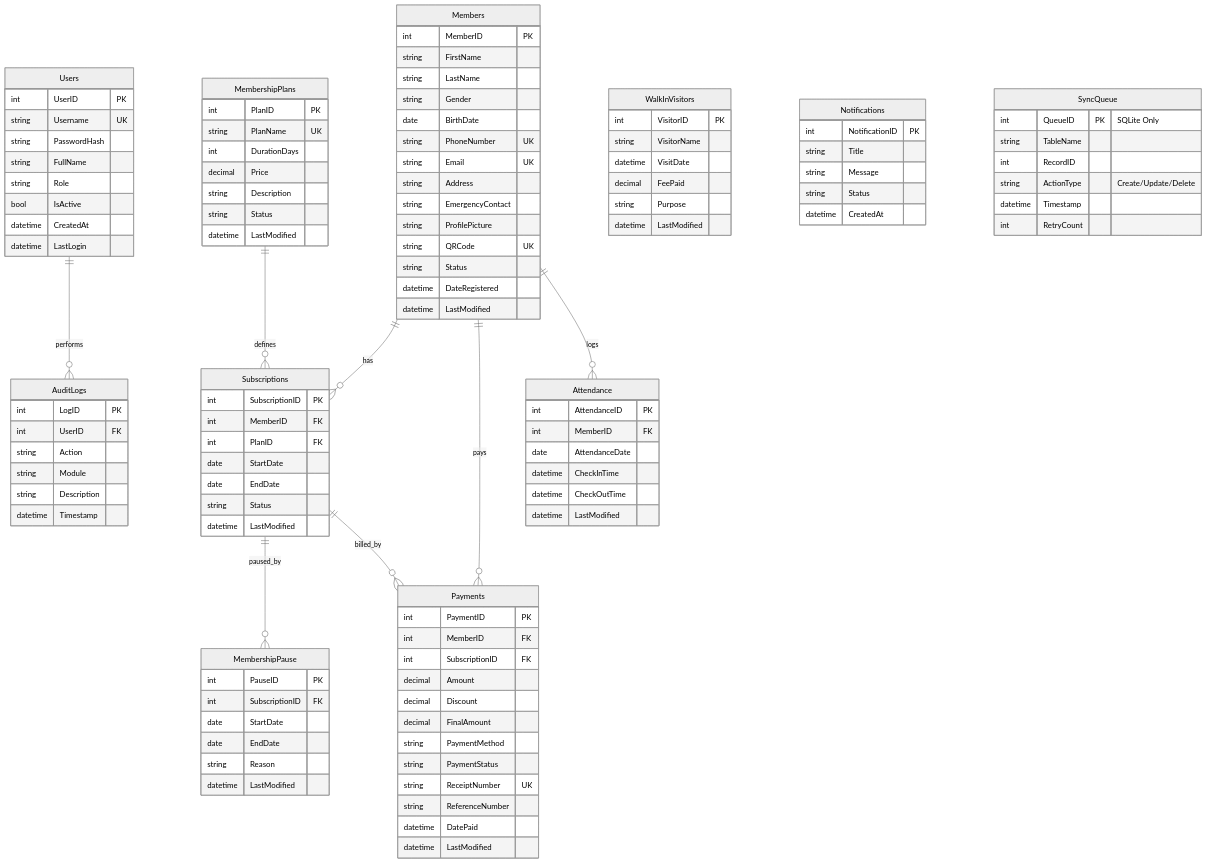
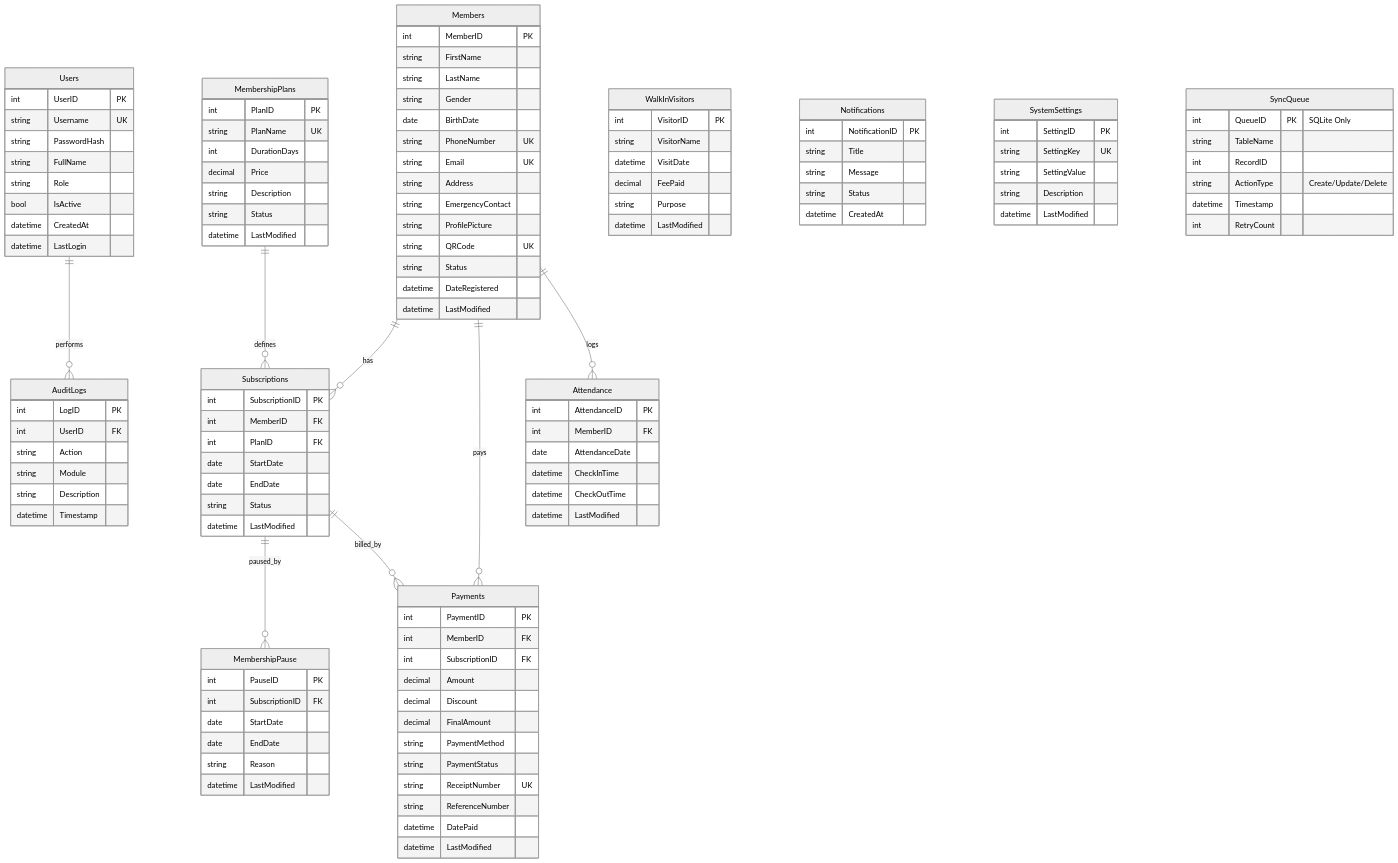
One commit to Kimchi991/GYM-TRACK changed the diagram in docs/04_Database.md. Above: the diagram before and after it, drawn with Mermaid (neutral theme). The commit also changed 6 other files, not shown here.

```diff
--- a/docs/04_Database.md
+++ b/docs/04_Database.md
@@ -124,7 +124,15 @@
         string Description
         datetime Timestamp
     }
-    
+
+    SystemSettings {
+        int SettingID PK
+        string SettingKey UK
+        string SettingValue
+        string Description
+        datetime LastModified
+    }
+
     SyncQueue {
         int QueueID PK "SQLite Only"
         string TableName
```
